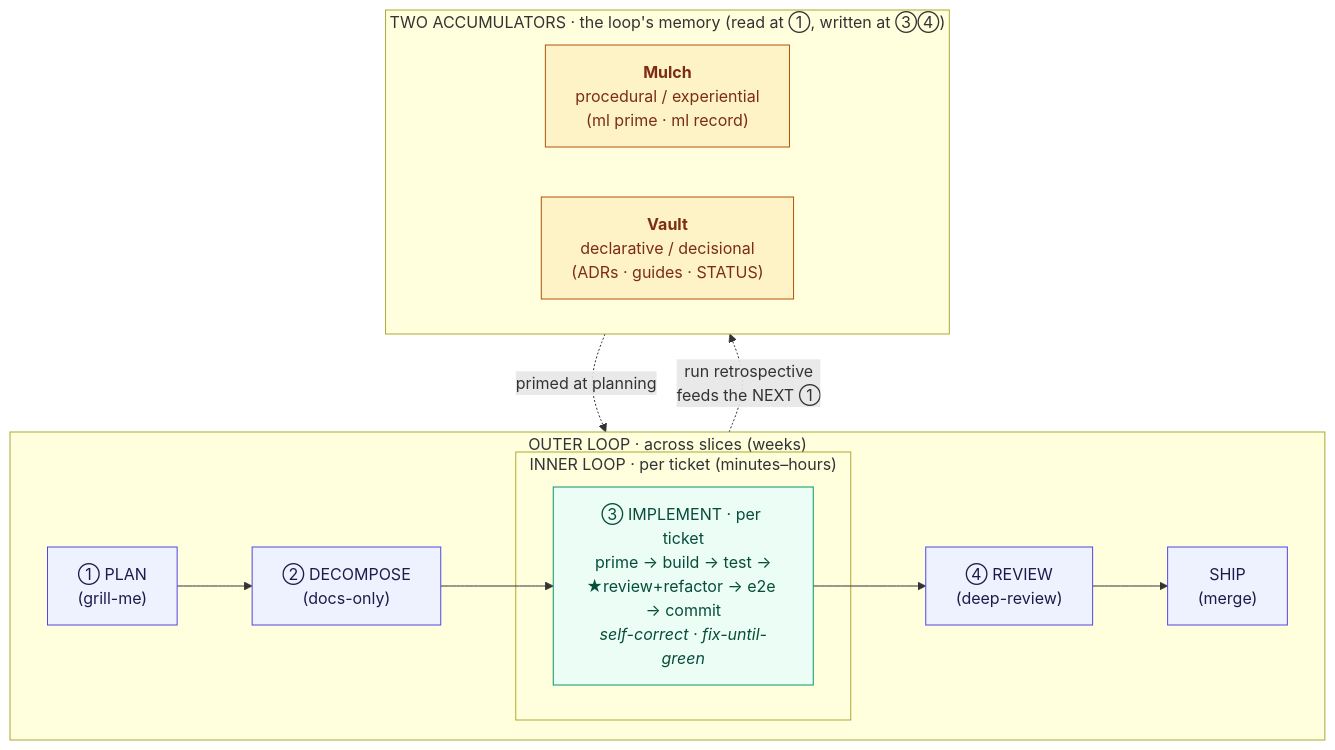
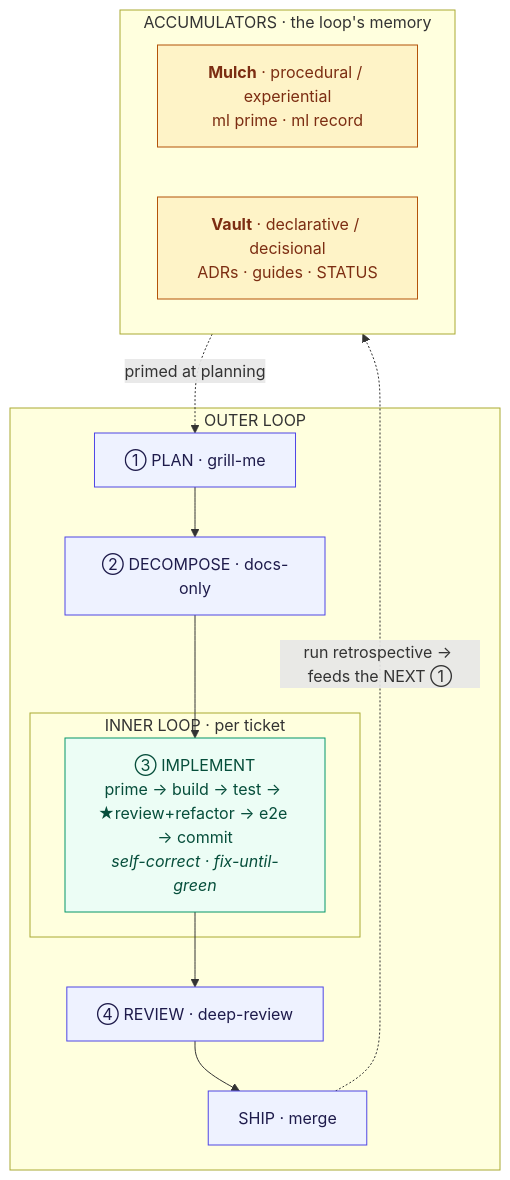
The diagram in docs/methodology/AI-ENGINEERING-METHODOLOGY.md (Void3110/spring-boot-starter-opa-abac), drawn with Mermaid before and after one commit. The commit also changed other lines of this file, not shown here.

Commit message:
docs: make the loop diagram render cleanly in Obsidian too
The previous layout validated in mermaid-cli but Obsidian's stricter renderer
still overlapped the subgraph titles (long parenthetical titles overflow the
header height Obsidian reserves) and ignored the nested `direction LR` override.

Fix — stop fighting the renderer:
- Shorten every subgraph title to a single short phrase (OUTER LOOP · INNER LOOP ·
  per ticket · ACCUMULATORS · the loop's memory) so no title overflows its header.
- Move the "weeks / minutes–hours / read at ①, written at ③④" detail into an
  italic caption line above the diagram (nothing lost — the prose already says it).
- Drop the `direction LR` overrides and let the vertical flow be the layout
  (which Obsidian was using anyway), so it's consistent across renderers.

Re-rendered — no title overlap; reads accumulators-over-loop top to bottom.
Content unchanged. Docs-only.

````diff
--- a/docs/methodology/AI-ENGINEERING-METHODOLOGY.md
+++ b/docs/methodology/AI-ENGINEERING-METHODOLOGY.md
@@ -33,29 +36,27 @@
 ```mermaid
 flowchart TB
-    subgraph OUTER["OUTER LOOP · across slices (weeks)"]
-        direction LR
-        P["① PLAN<br/>(grill-me)"] --> D["② DECOMPOSE<br/>(docs-only)"]
+    subgraph OUTER["OUTER LOOP"]
+        P["① PLAN · grill-me"] --> D["② DECOMPOSE · docs-only"]
         D --> I
-        I --> R["④ REVIEW<br/>(deep-review)"]
-        R --> S["SHIP<br/>(merge)"]
-        subgraph INNER["INNER LOOP · per ticket (minutes–hours)"]
-            I["③ IMPLEMENT · per ticket<br/>prime → build → test →<br/>★review+refactor → e2e → commit<br/><i>self-correct · fix-until-green</i>"]
+        I --> R["④ REVIEW · deep-review"]
+        R --> S["SHIP · merge"]
+        subgraph INNER["INNER LOOP · per ticket"]
+            I["③ IMPLEMENT<br/>prime → build → test → ★review+refactor → e2e → commit<br/><i>self-correct · fix-until-green</i>"]
         end
     end
 
-    subgraph ACC["TWO ACCUMULATORS · the loop's memory (read at ①, written at ③④)"]
-        direction LR
-        M["<b>Mulch</b><br/>procedural / experiential<br/>(ml prime · ml record)"]
-        V["<b>Vault</b><br/>declarative / decisional<br/>(ADRs · guides · STATUS)"]
+    subgraph ACC["ACCUMULATORS · the loop's memory"]
+        M["<b>Mulch</b> · procedural / experiential<br/>ml prime · ml record"]
+        V["<b>Vault</b> · declarative / decisional<br/>ADRs · guides · STATUS"]
     end
 
-    S -. "run retrospective<br/>feeds the NEXT ①" .-> ACC
+    S -. "run retrospective → feeds the NEXT ①" .-> ACC
     ACC -. "primed at planning" .-> P
 
     classDef phase fill:#eef2ff,stroke:#4f46e5,color:#1e1b4b;
     classDef inner fill:#ecfdf5,stroke:#059669,color:#064e3b;
     classDef acc fill:#fef3c7,stroke:#b45309,color:#7c2d12;
     class P,D,R,S phase;
     class I inner;
     class M,V acc;
 ```
````
